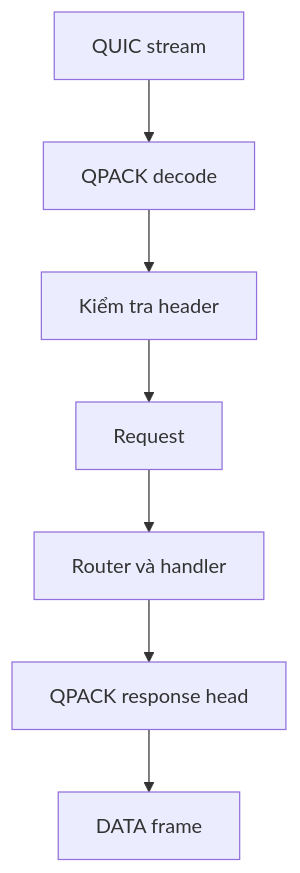
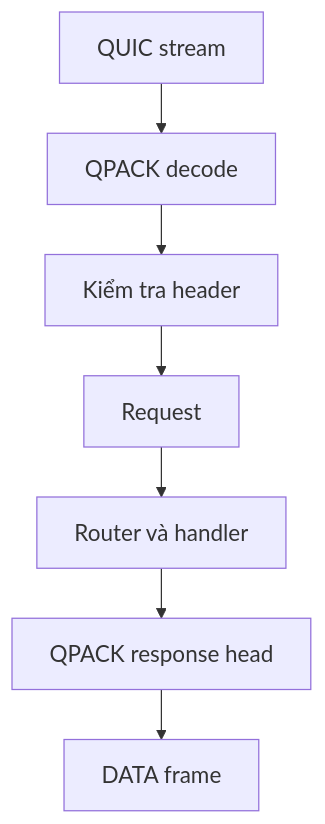
The diagram in apps/uwz-docs/docs/vi/docs/http3/request-path.mdx (farbenbuilds/websites), drawn with Mermaid before and after one commit. The commit also changed 1 other file, not shown here.

Commit message:
docs(uwz-docs): enlarge the HTTP/3 request-path diagram labels
Set an 18px Mermaid font and extra rank spacing so the vertical flow renders at 196x763 at natural size instead of scaling below the prose column. Measured in Chromium at 1440px and verified in both locales.

````diff
--- a/apps/uwz-docs/docs/vi/docs/http3/request-path.mdx
+++ b/apps/uwz-docs/docs/vi/docs/http3/request-path.mdx
@@ -14,9 +14,10 @@
 ```mermaid
+%%{init: {"themeVariables": {"fontSize": "18px"}, "flowchart": {"nodeSpacing": 30, "rankSpacing": 40}}}%%
 flowchart TD
     A[QUIC stream] --> B[QPACK decode]
     B --> C[Kiểm tra header]
     C --> D[Request]
     D --> E[Router và handler]
     E --> F[QPACK response head]
     F --> G[DATA frame]
 ```
````
